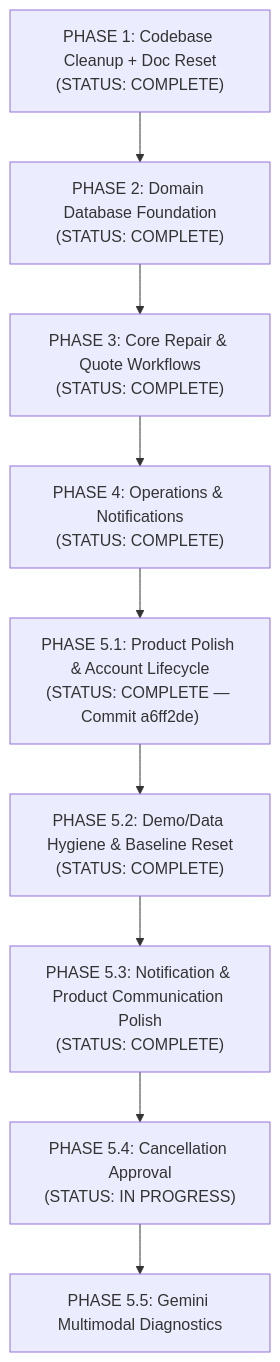
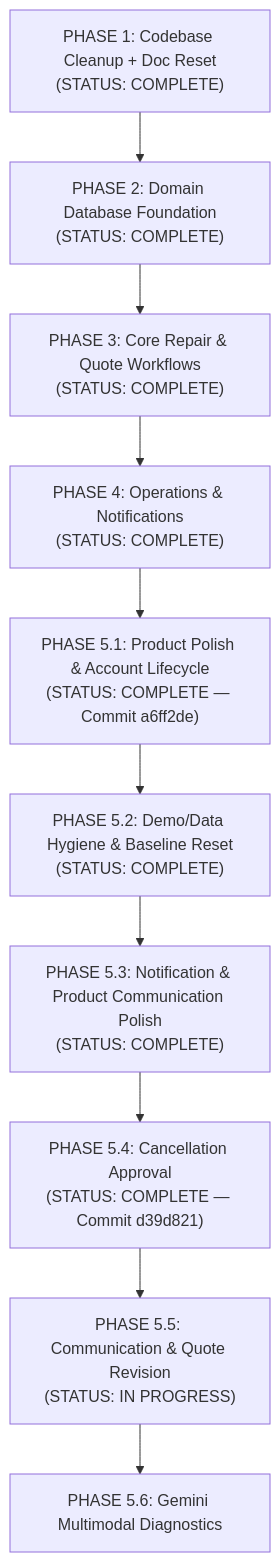
The diagram in IMPLEMENTATION_PLAN.md (ankitchamke/TerraByte), drawn with Mermaid before and after one commit. The commit also changed other lines of this file and 6 other files, not shown here.

Commit message:
feat: complete phase 5.5 step 1 communication foundation

````diff
--- a/IMPLEMENTATION_PLAN.md
+++ b/IMPLEMENTATION_PLAN.md
@@ -15,11 +15,12 @@
 ```mermaid
 flowchart TD
     P1["PHASE 1: Codebase Cleanup + Doc Reset<br/>(STATUS: COMPLETE)"] --> P2["PHASE 2: Domain Database Foundation<br/>(STATUS: COMPLETE)"]
     P2 --> P3["PHASE 3: Core Repair & Quote Workflows<br/>(STATUS: COMPLETE)"]
     P3 --> P4["PHASE 4: Operations & Notifications<br/>(STATUS: COMPLETE)"]
     P4 --> P51["PHASE 5.1: Product Polish & Account Lifecycle<br/>(STATUS: COMPLETE — Commit a6ff2de)"]
     P51 --> P52["PHASE 5.2: Demo/Data Hygiene & Baseline Reset<br/>(STATUS: COMPLETE)"]
     P52 --> P53["PHASE 5.3: Notification & Product Communication Polish<br/>(STATUS: COMPLETE)"]
-    P53 --> P54["PHASE 5.4: Cancellation Approval<br/>(STATUS: IN PROGRESS)"]
-    P54 --> P55["PHASE 5.5: Gemini Multimodal Diagnostics"]
+    P53 --> P54["PHASE 5.4: Cancellation Approval<br/>(STATUS: COMPLETE — Commit d39d821)"]
+    P54 --> P55["PHASE 5.5: Communication & Quote Revision<br/>(STATUS: IN PROGRESS)"]
+    P55 --> P56["PHASE 5.6: Gemini Multimodal Diagnostics"]
 ```
````
